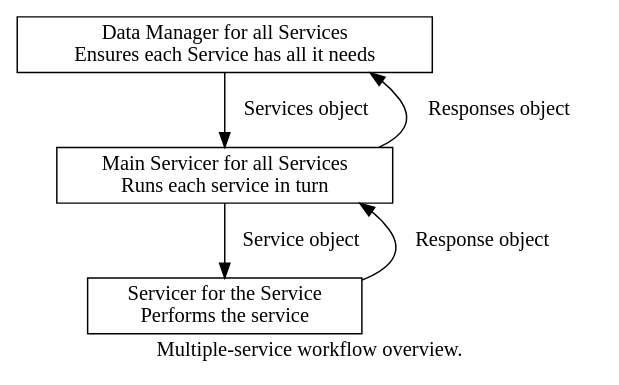
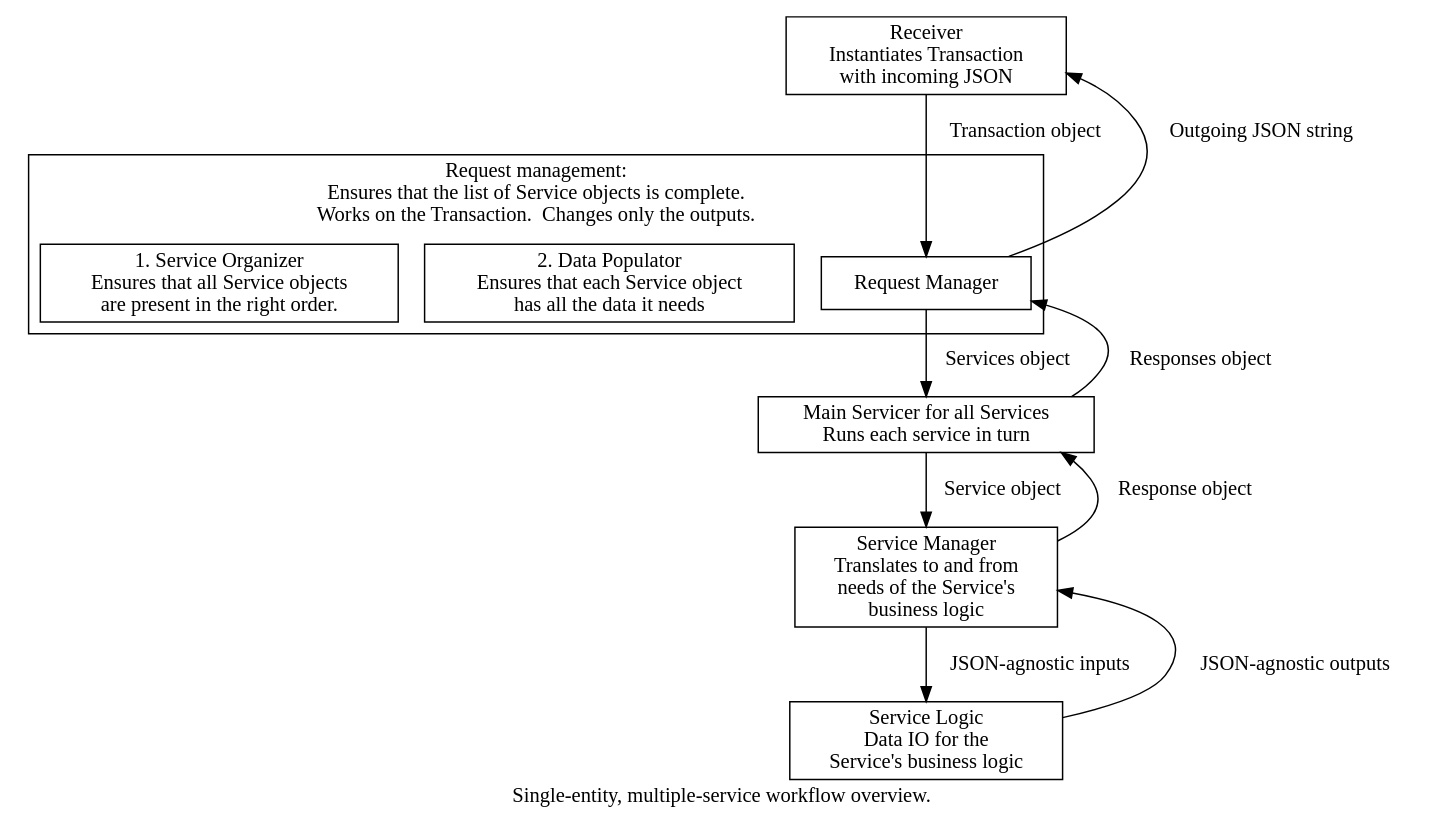
The diagram in docs/gemsModules/Images/Workflow/data-manager-and-servicer.dot (GLYCAM-Web/gems), drawn with Graphviz before and after one commit. The commit also changed 5 other files, not shown here.

Commit message:
Began designing the Servicer, Services, etc.

```diff
--- a/docs/gemsModules/Images/Workflow/data-manager-and-servicer.dot
+++ b/docs/gemsModules/Images/Workflow/data-manager-and-servicer.dot
@@ -1,21 +1,39 @@
 digraph {
     node [shape=box];
 
-    label="Multiple-service workflow overview.";
-  
-    Data_Manager [label="Data Manager for all Services\nEnsures each Service has all it needs"];
+    label="Single-entity, multiple-service workflow overview.";
+
+    Receiver [label="Receiver\nInstantiates Transaction\nwith incoming JSON"];
+   
+    subgraph cluster_request {
+        rankdir=LR;
+        label="Request management:\nEnsures that the list of Service objects is complete.\nWorks on the Transaction.  Changes only the outputs.";
+        Request_Manager [label="Request Manager"];
+        Data_Populator [label="2. Data Populator\nEnsures that each Service object\nhas all the data it needs"];
+        Service_Organizer [label="1. Service Organizer\nEnsures that all Service objects\nare present in the right order."];
+
+        {
+        rank=same;
+        Request_Manager Service_Organizer Data_Populator;
+        }
+    
+    }
+
     Main_Servicer [label="Main Servicer for all Services\nRuns each service in turn"];
-    Service_Servicer [label="Servicer for the Service\nPerforms the service"];
-
-    Data_Manager -> Main_Servicer [label="Services object  "];
-    Main_Servicer -> Data_Manager [label="Responses object  " constraint=False];
-
-    Main_Servicer -> Service_Servicer [label="Service object  "];
-    Service_Servicer -> Main_Servicer [label="Response object  " constraint=False];
-
-    subgraph cluster_0 {
-        label="Entity";
-    }
-   
+    Service_Manager [label="Service Manager\nTranslates to and from\nneeds of the Service's\n business logic"];
+    Service_Logic [label="Service Logic\nData IO for the\nService's business logic"];
+    
+    Receiver -> Request_Manager [label="Transaction object  "];
+    Request_Manager -> Receiver [label="Outgoing JSON string  " constraint=False];
+    
+    Request_Manager -> Main_Servicer [label="Services object  "];
+    Main_Servicer -> Request_Manager [label="Responses object  " constraint=False];
+    
+    Main_Servicer -> Service_Manager [label="Service object  "];
+    Service_Manager -> Main_Servicer [label="Response object  " constraint=False];
+    
+    Service_Manager -> Service_Logic [label="JSON-agnostic inputs  "];
+    Service_Logic -> Service_Manager [label="JSON-agnostic outputs  " constraint=False];
+    
  
 }
```
